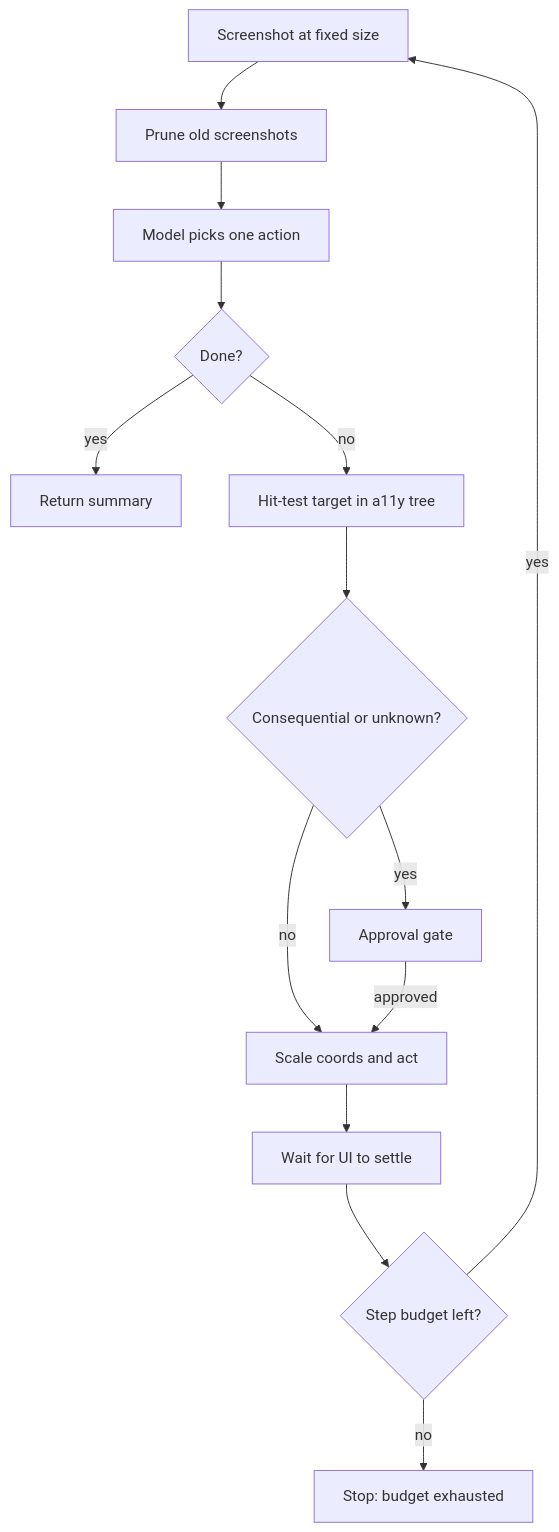
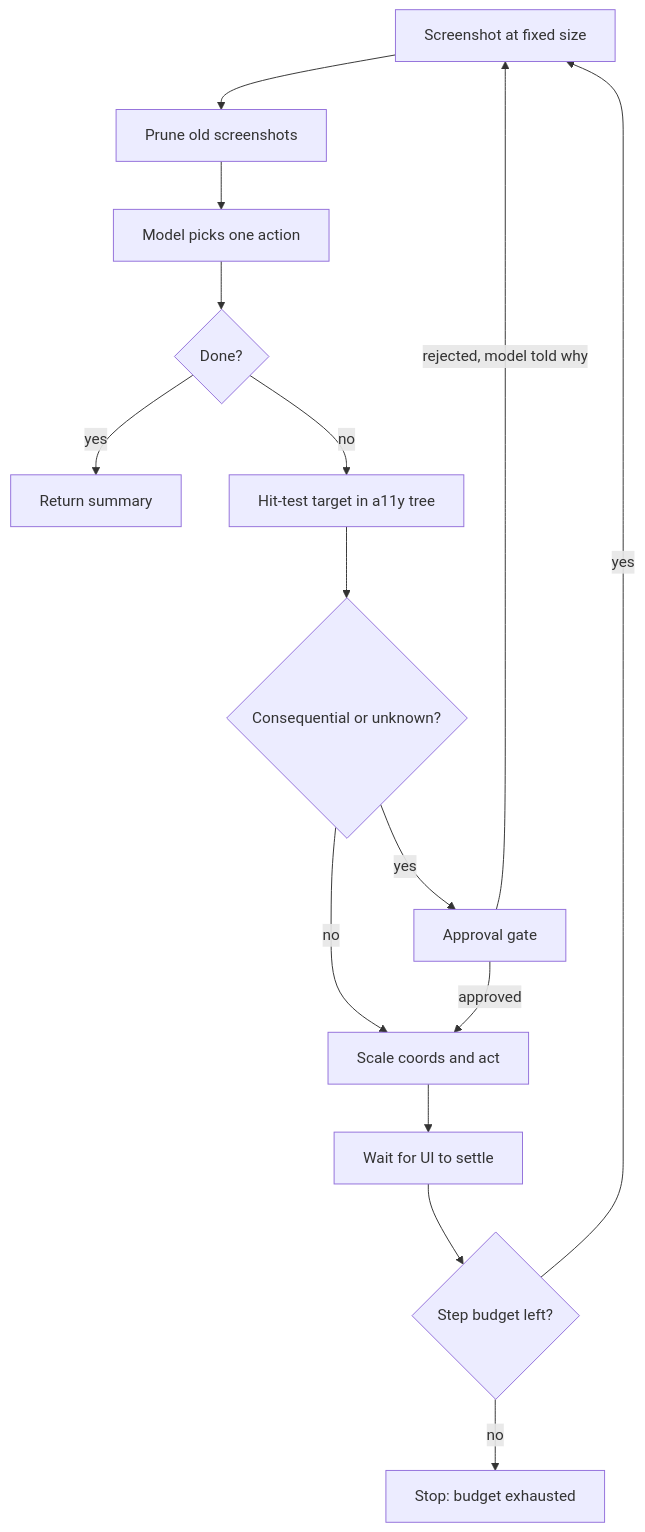
Before and after one commit to lovishmahajan97/agentic-learning: the diagram in content/agents/computer-use.md, drawn with Mermaid. The commit also changed other lines of this file and 213 other files, not shown here.

````diff
--- a/content/agents/computer-use.md
+++ b/content/agents/computer-use.md
@@ -132,16 +132,17 @@
 ```mermaid
 flowchart TD
     O["Screenshot at fixed size"] --> P["Prune old screenshots"]
     P --> D["Model picks one action"]
     D --> Q{"Done?"}
     Q -->|"yes"| R["Return summary"]
     Q -->|"no"| H["Hit-test target in a11y tree"]
     H --> G{"Consequential or unknown?"}
     G -->|"yes"| AP["Approval gate"]
     G -->|"no"| A["Scale coords and act"]
     AP -->|"approved"| A
+    AP -->|"rejected, model told why"| O
     A --> W["Wait for UI to settle"]
     W --> B{"Step budget left?"}
     B -->|"yes"| O
     B -->|"no"| F["Stop: budget exhausted"]
 ```
````
